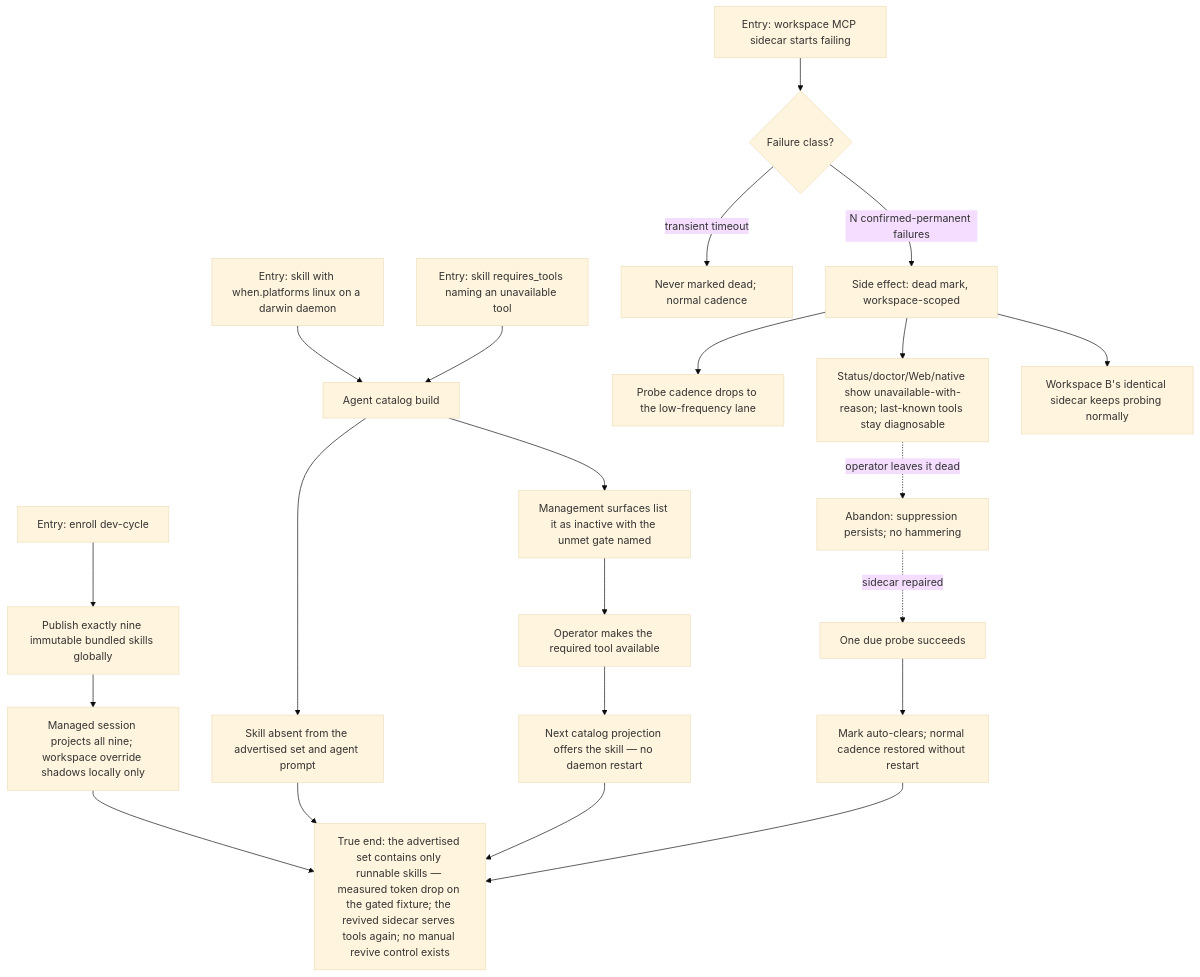
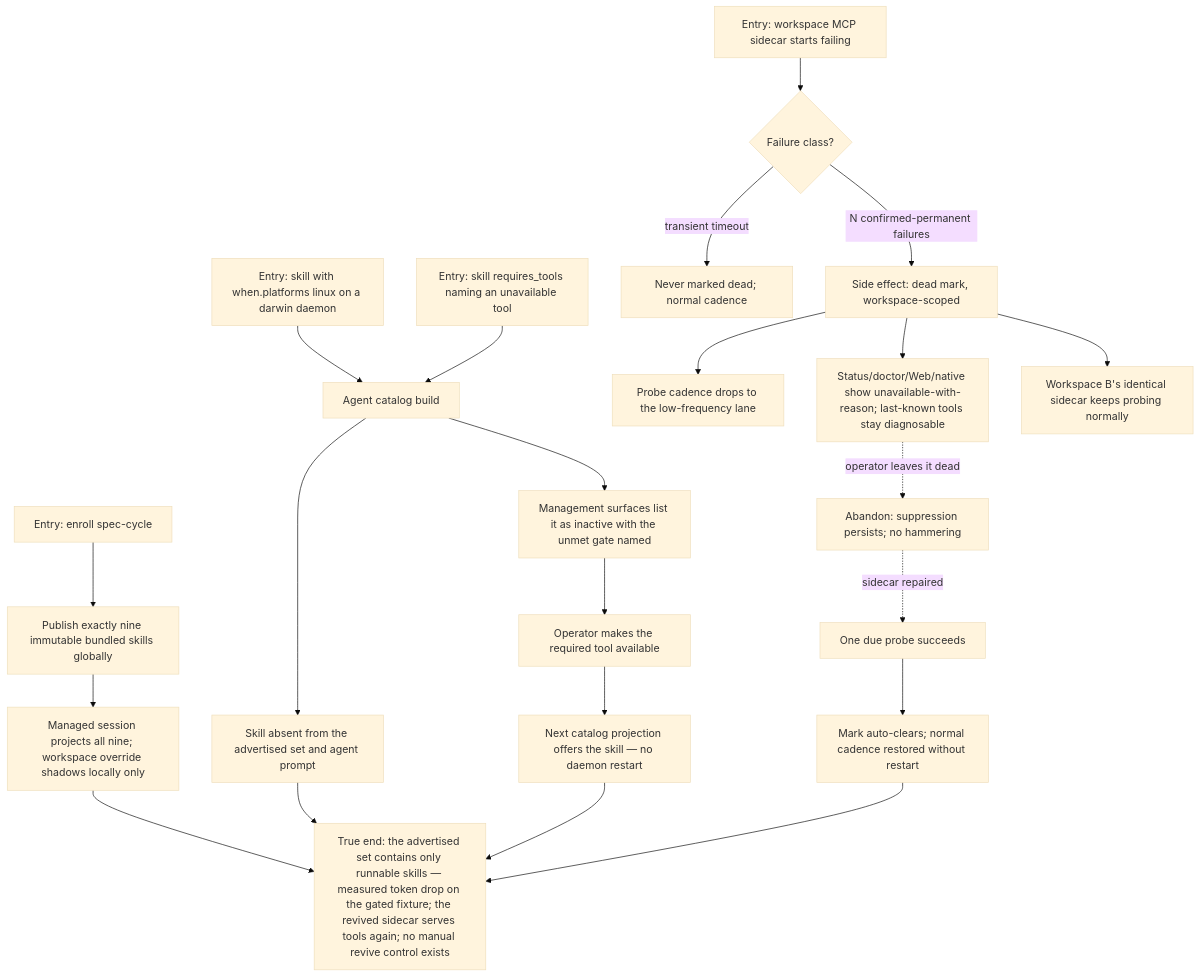
One commit to compozy/compozy changed the diagram in docs/qa/journeys/J-offer-runnable-capabilities.md. Above: the diagram before and after it, drawn with Mermaid (base theme). The commit also changed other lines of this file and 185 other files, not shown here.

Commit message:
refactor: change dev-cycle extension

````diff
--- a/docs/qa/journeys/J-offer-runnable-capabilities.md
+++ b/docs/qa/journeys/J-offer-runnable-capabilities.md
@@ -13,24 +13,24 @@
 ```mermaid
 flowchart TD
     E1[Entry: skill with when.platforms linux on a darwin daemon] --> CB[Agent catalog build]
     CB --> ABS[Skill absent from the advertised set and agent prompt]
     CB --> LST[Management surfaces list it as inactive with the unmet gate named]
     E2[Entry: skill requires_tools naming an unavailable tool] --> CB
-    E4[Entry: enroll dev-cycle] --> NINE[Publish exactly nine immutable bundled skills globally]
+    E4[Entry: enroll spec-cycle] --> NINE[Publish exactly nine immutable bundled skills globally]
     NINE --> PROJ[Managed session projects all nine; workspace override shadows locally only]
     PROJ --> TE
     LST --> FIX[Operator makes the required tool available]
     FIX --> ACT[Next catalog projection offers the skill — no daemon restart]
     E3[Entry: workspace MCP sidecar starts failing] --> CL{Failure class?}
     CL -->|transient timeout| KEEP[Never marked dead; normal cadence]
     CL -->|N confirmed-permanent failures| DEAD[Side effect: dead mark, workspace-scoped]
     DEAD --> LOW[Probe cadence drops to the low-frequency lane]
     DEAD --> DIAG[Status/doctor/Web/native show unavailable-with-reason; last-known tools stay diagnosable]
     DEAD --> ISOW[Workspace B's identical sidecar keeps probing normally]
     DIAG -.->|operator leaves it dead| AB[Abandon: suppression persists; no hammering]
     AB -.->|sidecar repaired| REV[One due probe succeeds]
     REV --> CLR[Mark auto-clears; normal cadence restored without restart]
     ABS --> TE[True end: the advertised set contains only runnable skills — measured token drop on the gated fixture; the revived sidecar serves tools again; no manual revive control exists]
     ACT --> TE
     CLR --> TE
 ```
````
